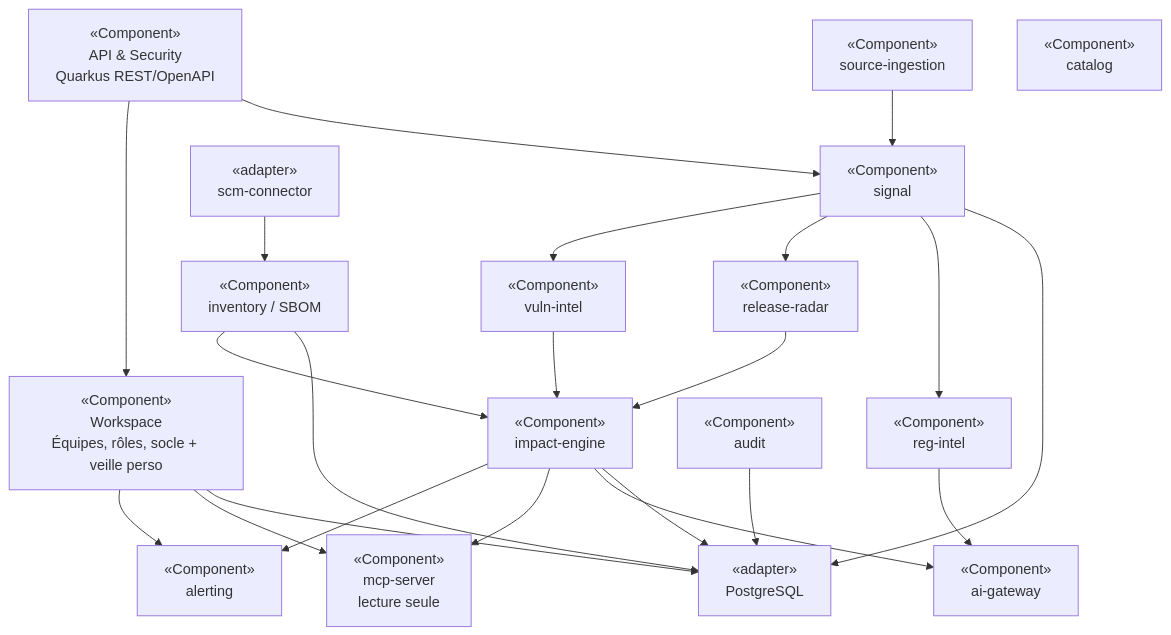
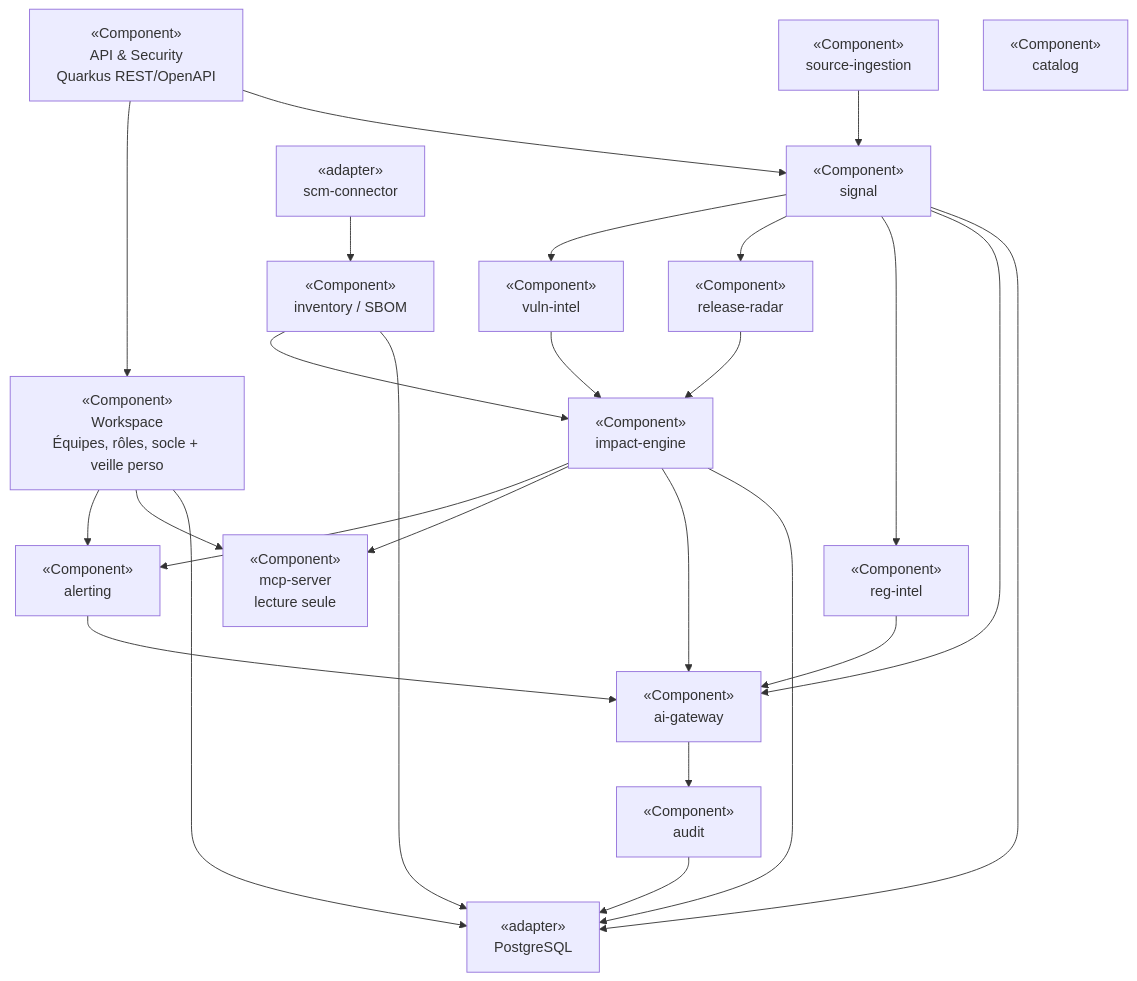
One commit to FTurleque/argos-tech-platform changed the second of 4 diagrams in docs/architecture/arc42/05-vue-blocs.md. Above: the diagram before and after it, drawn with Mermaid. The commit also changed other lines of this file and 12 other files, not shown here.

````diff
--- a/docs/architecture/arc42/05-vue-blocs.md
+++ b/docs/architecture/arc42/05-vue-blocs.md
@@ -63,41 +63,44 @@
 ```mermaid
 flowchart TB
     API["«Component»\nAPI & Security\nQuarkus REST/OpenAPI"]
     WORK["«Component»\nWorkspace\nÉquipes, rôles, socle + veille perso"]
     INGEST["«Component»\nsource-ingestion"]
     CATALOG["«Component»\ncatalog"]
     INVENTORY["«Component»\ninventory / SBOM"]
     SIGNAL["«Component»\nsignal"]
     VULN["«Component»\nvuln-intel"]
     RELEASE["«Component»\nrelease-radar"]
     REG["«Component»\nreg-intel"]
     IMPACT["«Component»\nimpact-engine"]
     ALERT["«Component»\nalerting"]
     MCP["«Component»\nmcp-server\nlecture seule"]
     AI["«Component»\nai-gateway"]
     SCM["«adapter»\nscm-connector"]
     AUDIT["«Component»\naudit"]
     DB["«adapter»\nPostgreSQL"]
 
     API --> WORK
     API --> SIGNAL
     INGEST --> SIGNAL
     SIGNAL --> VULN
     SIGNAL --> RELEASE
     SIGNAL --> REG
     INVENTORY --> IMPACT
     VULN --> IMPACT
     RELEASE --> IMPACT
     IMPACT --> ALERT
     IMPACT --> MCP
     REG --> AI
     IMPACT --> AI
+    ALERT --> AI
+    SIGNAL --> AI
+    AI --> AUDIT
     SCM --> INVENTORY
     WORK --> ALERT
     WORK --> MCP
     WORK --> DB
     SIGNAL --> DB
     INVENTORY --> DB
     IMPACT --> DB
     AUDIT --> DB
 ```
````
